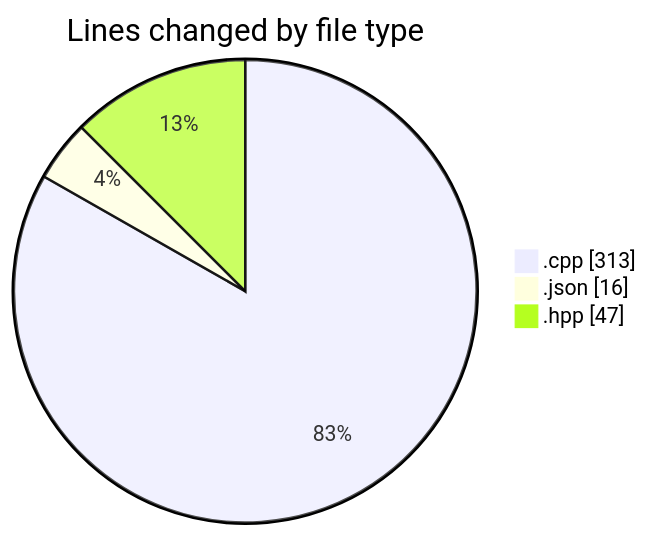
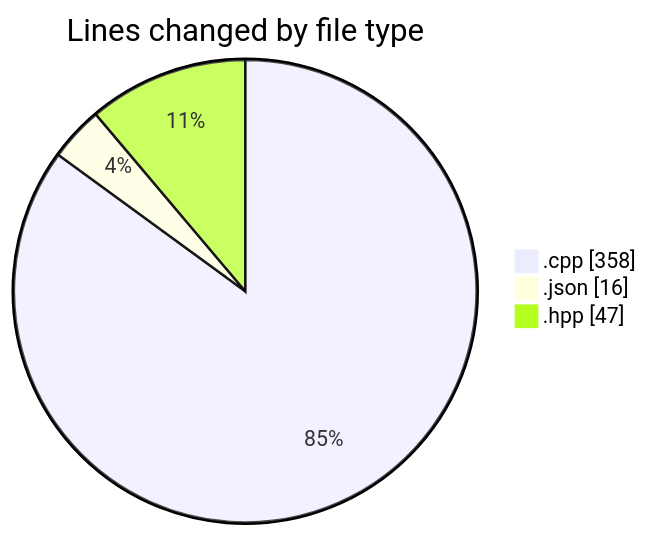
The first of 2 diagrams in 2025-04-21/echo/README.md (Netris89/code-tracking), drawn with Mermaid before and after one commit. The commit also changed other lines of this file and 1 other file, not shown here.

````diff
--- a/2025-04-21/echo/README.md
+++ b/2025-04-21/echo/README.md
@@ -24,7 +24,7 @@
 ```mermaid
 pie showData
 title Lines changed by file type
-".cpp" : 313
+".cpp" : 358
 ".json" : 16
 ".hpp" : 47
 ```
````
